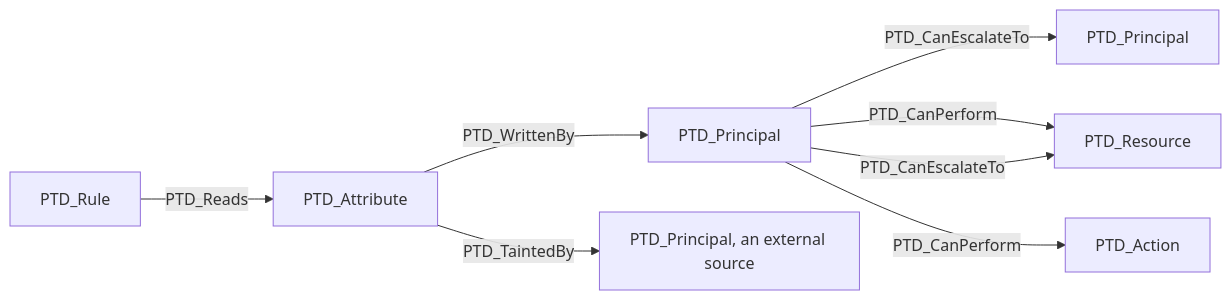
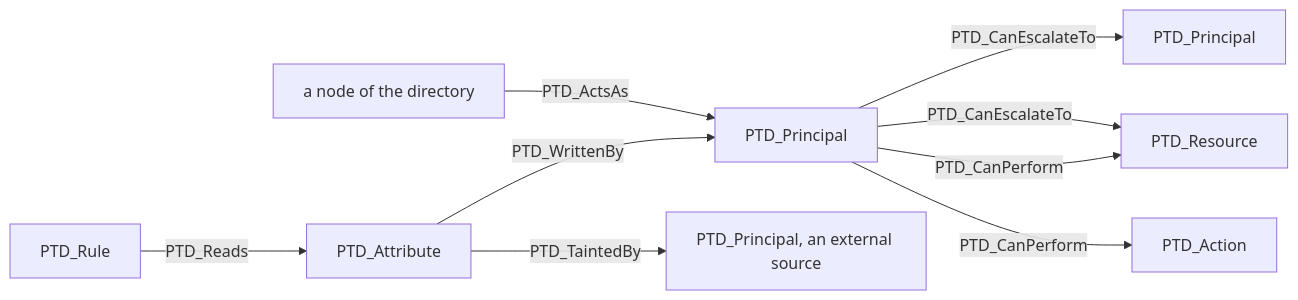
Before and after one commit to saluc28/petard: the diagram in docs/concepts.md, drawn with Mermaid. The commit also changed other lines of this file and 27 other files, not shown here.

First line of the commit message:
Join the principals of a schema to the accounts of the directory

````diff
--- a/docs/concepts.md
+++ b/docs/concepts.md
@@ -116,10 +116,11 @@
 ```mermaid
 graph LR
   Rule[PTD_Rule] -->|PTD_Reads| Attribute[PTD_Attribute]
   Attribute -->|PTD_WrittenBy| Principal[PTD_Principal]
   Principal -->|PTD_CanEscalateTo| Other[PTD_Principal]
   Principal -->|PTD_CanPerform| Resource[PTD_Resource]
   Principal -->|PTD_CanEscalateTo| Resource
   Principal -->|PTD_CanPerform| Action[PTD_Action]
   Attribute -->|PTD_TaintedBy| Source["PTD_Principal, an external source"]
+  Directory["a node of the directory"] -->|PTD_ActsAs| Principal
 ```
````
